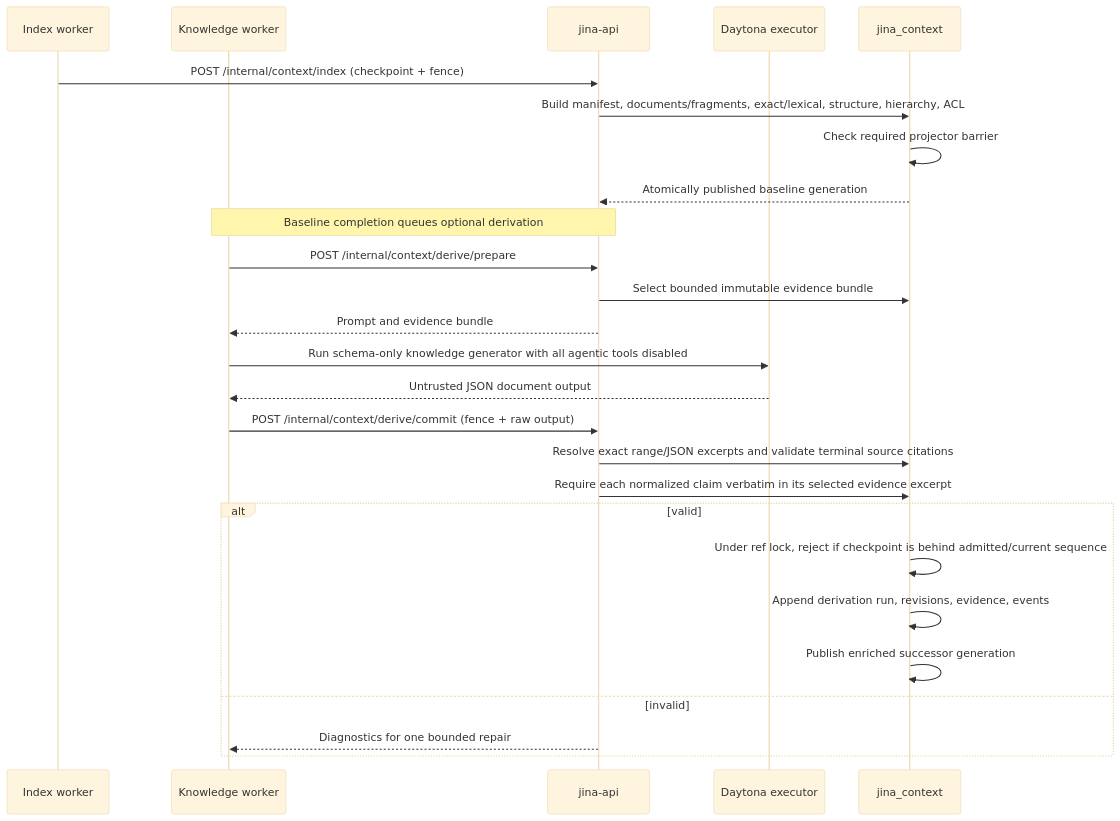
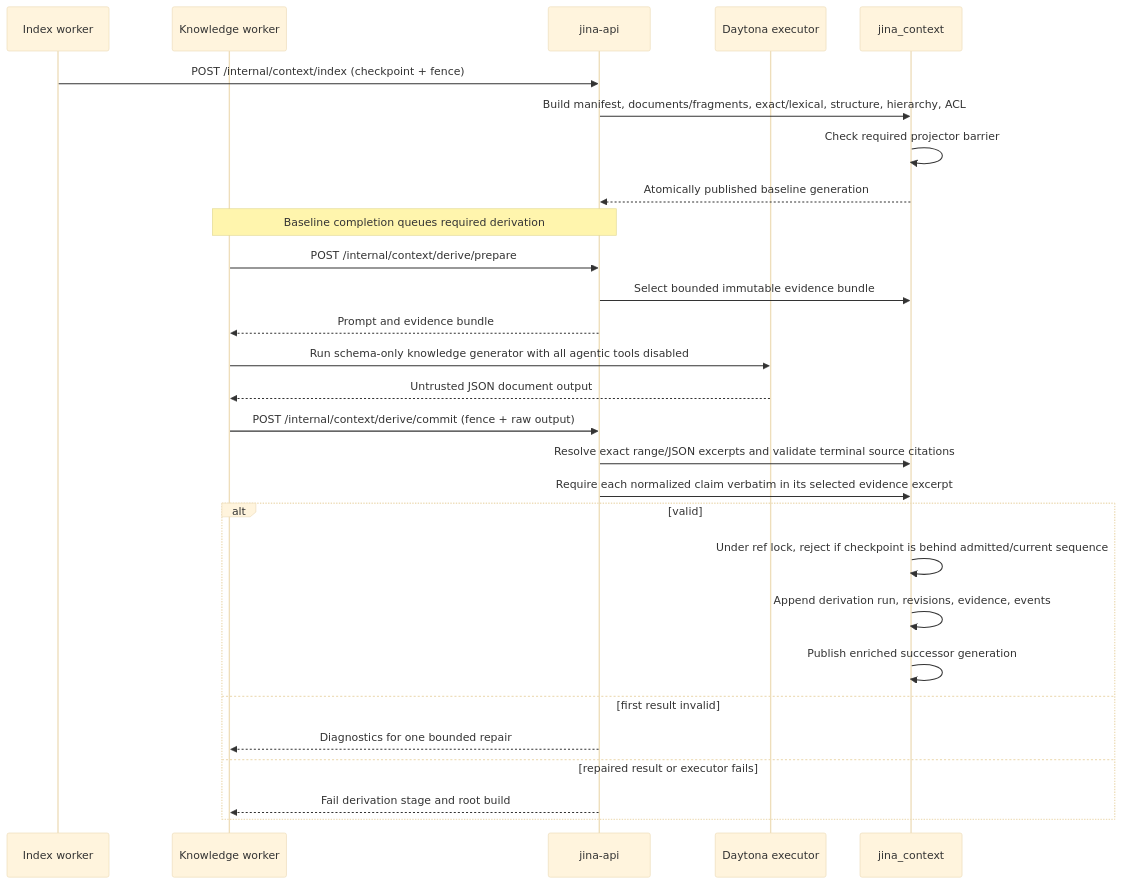
Before and after one commit to keon/jina-context-wiki-e2e-20260808: the fourth of 9 diagrams in docs/SEQUENCE_DIAGRAM.md, drawn with Mermaid (base theme). The commit also changed other lines of this file and 6 other files, not shown here.

````diff
--- a/docs/SEQUENCE_DIAGRAM.md
+++ b/docs/SEQUENCE_DIAGRAM.md
@@ -83,29 +84,31 @@
 ```mermaid
 sequenceDiagram
     participant IW as Index worker
     participant KW as Knowledge worker
     participant API as jina-api
     participant DX as Daytona executor
     participant DB as jina_context
 
     IW->>API: POST /internal/context/index (checkpoint + fence)
     API->>DB: Build manifest, documents/fragments, exact/lexical, structure, hierarchy, ACL
     DB->>DB: Check required projector barrier
     DB-->>API: Atomically published baseline generation
-    Note over API,KW: Baseline completion queues optional derivation
+    Note over API,KW: Baseline completion queues required derivation
     KW->>API: POST /internal/context/derive/prepare
     API->>DB: Select bounded immutable evidence bundle
     API-->>KW: Prompt and evidence bundle
     KW->>DX: Run schema-only knowledge generator with all agentic tools disabled
     DX-->>KW: Untrusted JSON document output
     KW->>API: POST /internal/context/derive/commit (fence + raw output)
     API->>DB: Resolve exact range/JSON excerpts and validate terminal source citations
     API->>DB: Require each normalized claim verbatim in its selected evidence excerpt
     alt valid
         DB->>DB: Under ref lock, reject if checkpoint is behind admitted/current sequence
         DB->>DB: Append derivation run, revisions, evidence, events
         DB->>DB: Publish enriched successor generation
-    else invalid
+    else first result invalid
         API-->>KW: Diagnostics for one bounded repair
+    else repaired result or executor fails
+        API-->>KW: Fail derivation stage and root build
     end
 ```
````
